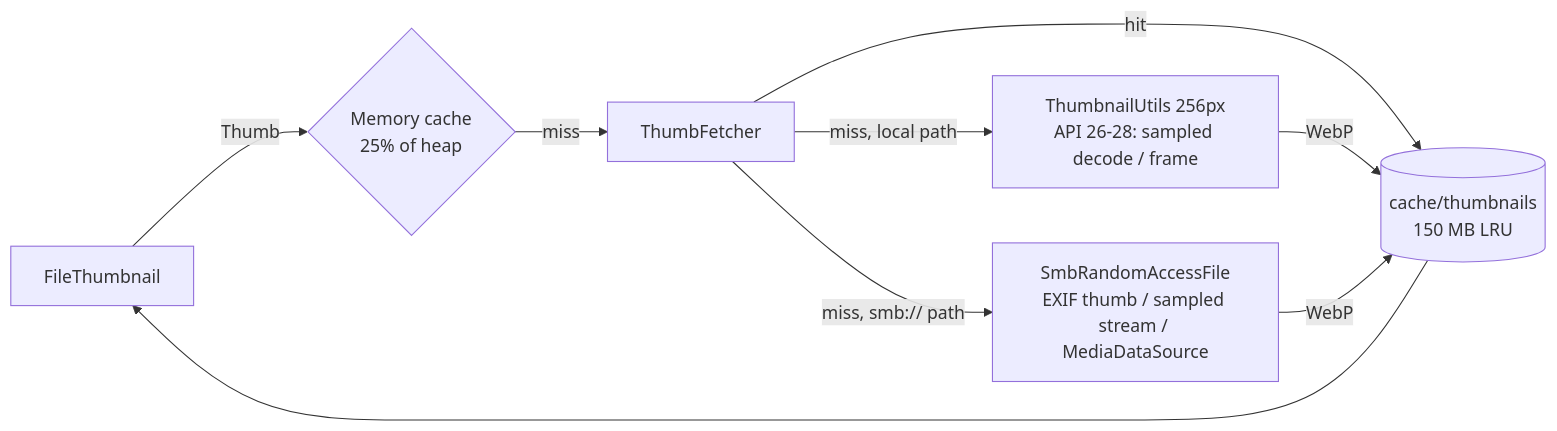
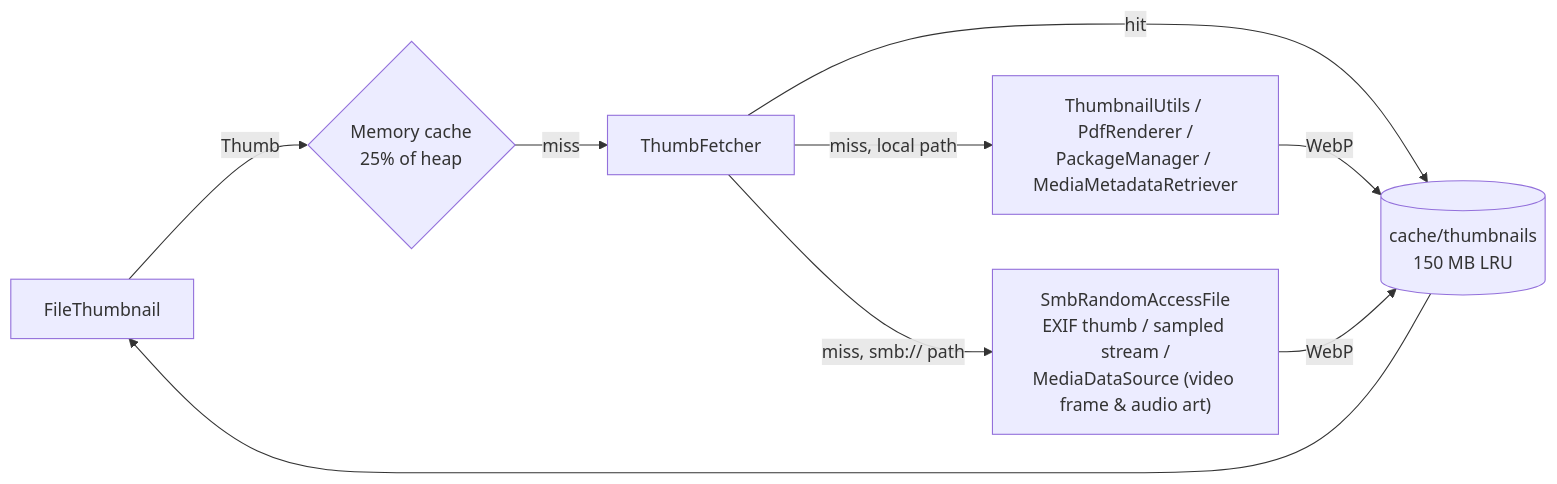
One commit to aiyu-ayaan/Findex changed the sixth of 16 diagrams in development/docs/ARCHITECTURE.md. Above: the diagram before and after it, drawn with Mermaid. The commit also changed other lines of this file and 1 other file, not shown here.

Commit message:
docs(Architecture) : Document universal thumbnail previews and built-in media viewer

````diff
--- a/development/docs/ARCHITECTURE.md
+++ b/development/docs/ARCHITECTURE.md
@@ -251,11 +251,11 @@
 ```mermaid
 flowchart LR
     Row[FileThumbnail] -->|Thumb| Mem{Memory cache<br/>25% of heap}
     Mem -->|miss| Fetch[ThumbFetcher]
     Fetch -->|hit| Disk[(cache/thumbnails<br/>150 MB LRU)]
-    Fetch -->|miss, local path| Gen[ThumbnailUtils 256px<br/>API 26-28: sampled decode / frame]
-    Fetch -->|miss, smb:// path| RemoteGen[SmbRandomAccessFile<br/>EXIF thumb / sampled stream / MediaDataSource]
+    Fetch -->|miss, local path| Gen["ThumbnailUtils / PdfRenderer /<br/>PackageManager / MediaMetadataRetriever"]
+    Fetch -->|miss, smb:// path| RemoteGen["SmbRandomAccessFile<br/>EXIF thumb / sampled stream /<br/>MediaDataSource (video frame & audio art)"]
     Gen -->|WebP| Disk
     RemoteGen -->|WebP| Disk
     Disk --> Row
 ```
````
